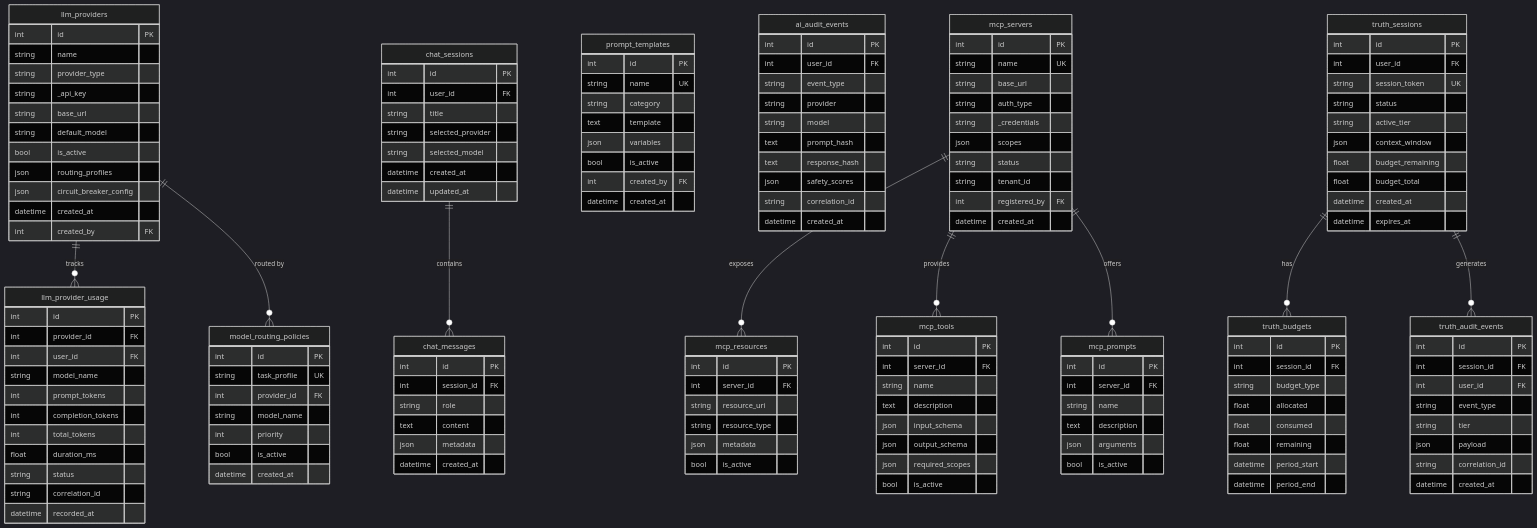
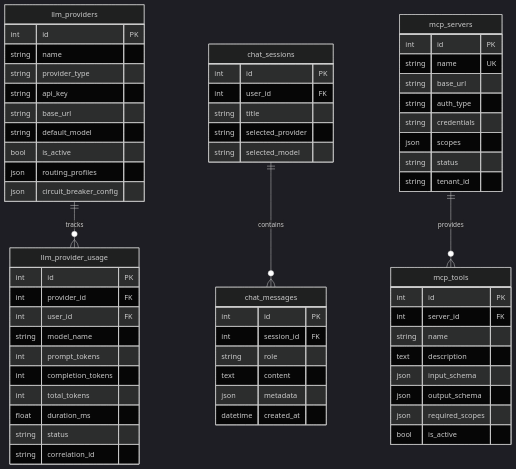
Before and after one commit to kherrera6219/DataLogicEngine: the fifth of 5 diagrams in docs/DATABASE_SCHEMA.md, drawn with Mermaid (dark theme). The commit also changed other lines of this file, not shown here.

Commit message:
docs: refresh database schema for multi-store architecture

````diff
--- a/docs/DATABASE_SCHEMA.md
+++ b/docs/DATABASE_SCHEMA.md
@@ -450,14 +353,12 @@
         int id PK
         string name
         string provider_type
-        string _api_key
+        string api_key
         string base_url
         string default_model
         bool is_active
         json routing_profiles
         json circuit_breaker_config
-        datetime created_at
-        int created_by FK
     }
 
     llm_provider_usage {
@@ -471,7 +372,6 @@
         float duration_ms
         string status
         string correlation_id
-        datetime recorded_at
     }
 
     chat_sessions {
@@ -480,8 +380,6 @@
         string title
         string selected_provider
         string selected_model
-        datetime created_at
-        datetime updated_at
     }
 
     chat_messages {
@@ -493,60 +391,15 @@
         datetime created_at
     }
 
-    prompt_templates {
-        int id PK
-        string name UK
-        string category
-        text template
-        json variables
-        bool is_active
-        int created_by FK
-        datetime created_at
-    }
-
-    model_routing_policies {
-        int id PK
-        string task_profile UK
-        int provider_id FK
-        string model_name
-        int priority
-        bool is_active
-        datetime created_at
-    }
-
-    ai_audit_events {
-        int id PK
-        int user_id FK
-        string event_type
-        string provider
-        string model
-        text prompt_hash
-        text response_hash
-        json safety_scores
-        string correlation_id
-        datetime created_at
-    }
-
     mcp_servers {
         int id PK
         string name UK
         string base_url
         string auth_type
-        string _credentials
+        string credentials
         json scopes
         string status
         string tenant_id
-        int registered_by FK
-        datetime created_at
-    }
-
-    mcp_resources {
-        int id PK
-        int server_id FK
-        string resource_uri
-        string resource_type
-        json metadata
-        bool is_active
     }
 
     mcp_tools {
@@ -560,56 +413,7 @@
         bool is_active
     }
 
-    mcp_prompts {
-        int id PK
-        int server_id FK
-        string name
-        text description
-        json arguments
-        bool is_active
-    }
-
-    truth_sessions {
-        int id PK
-        int user_id FK
-        string session_token UK
-        string status
-        string active_tier
-        json context_window
-        float budget_remaining
-        float budget_total
-        datetime created_at
-        datetime expires_at
-    }
-
-    truth_budgets {
-        int id PK
-        int session_id FK
-        string budget_type
-        float allocated
-        float consumed
-        float remaining
-        datetime period_start
-        datetime period_end
-    }
-
-    truth_audit_events {
-        int id PK
-        int session_id FK
-        int user_id FK
-        string event_type
-        string tier
-        json payload
-        string correlation_id
-        datetime created_at
-    }
-
-    llm_providers ||--o{ llm_provider_usage : "tracks"
-    llm_providers ||--o{ model_routing_policies : "routed by"
-    chat_sessions ||--o{ chat_messages : "contains"
-    mcp_servers ||--o{ mcp_resources : "exposes"
-    mcp_servers ||--o{ mcp_tools : "provides"
-    mcp_servers ||--o{ mcp_prompts : "offers"
-    truth_sessions ||--o{ truth_budgets : "has"
-    truth_sessions ||--o{ truth_audit_events : "generates"
+    llm_providers ||--o{ llm_provider_usage : tracks
+    chat_sessions ||--o{ chat_messages : contains
+    mcp_servers ||--o{ mcp_tools : provides
 ```
````
